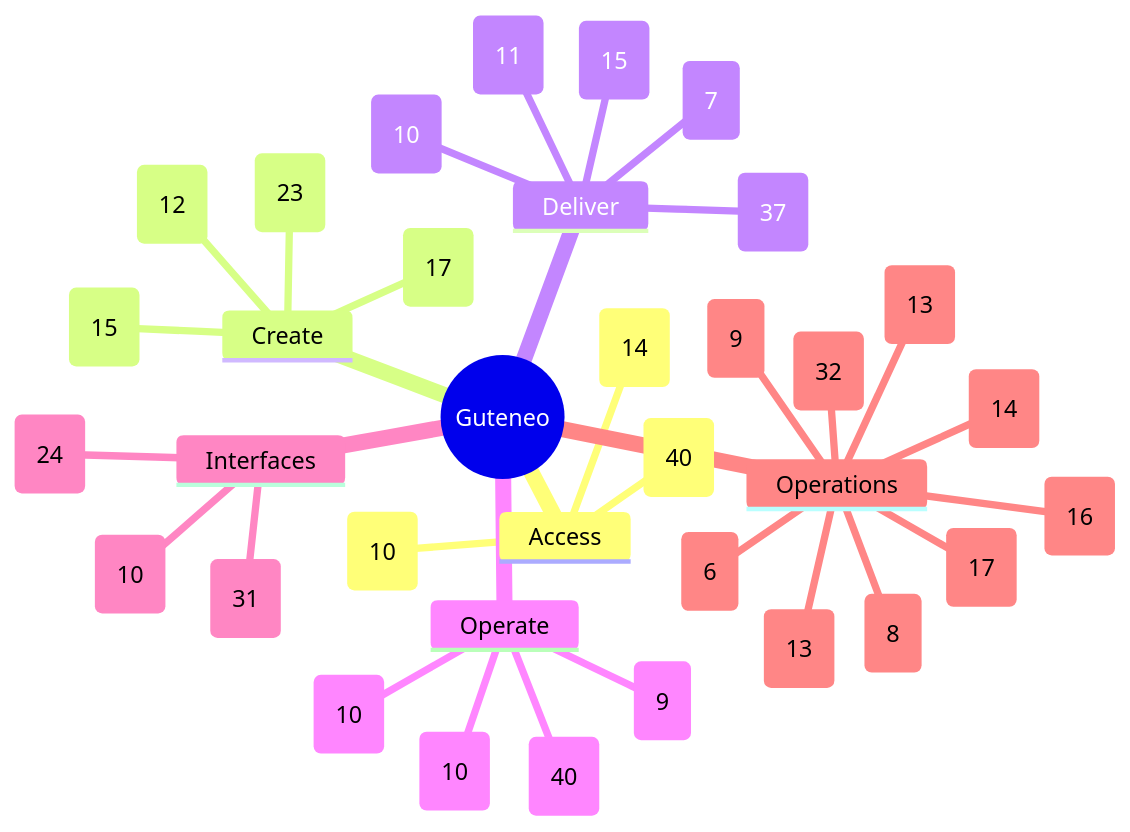
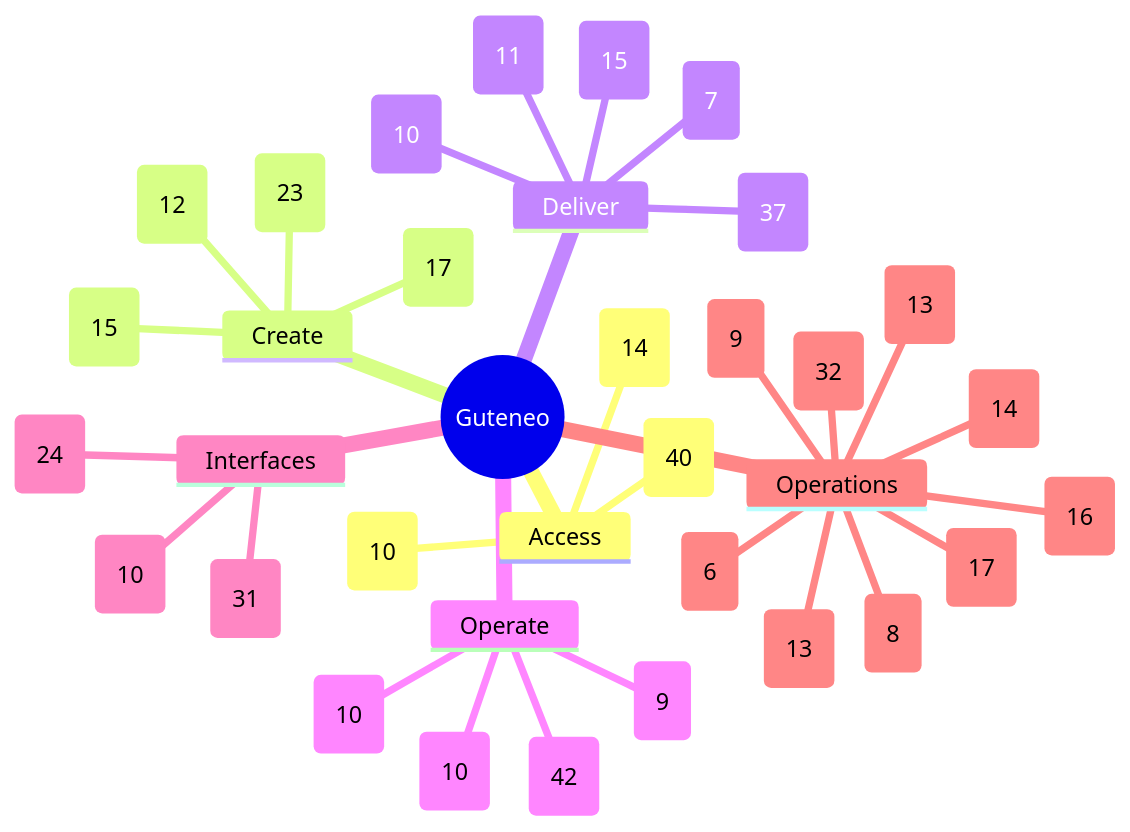
One commit to nclsppr/guteneo changed the diagram in docs/FEATURE_MAP.md. Above: the diagram before and after it, drawn with Mermaid. The commit also changed other lines of this file and 10 other files, not shown here.

````diff
--- a/docs/FEATURE_MAP.md
+++ b/docs/FEATURE_MAP.md
@@ -13,38 +13,38 @@
 ```mermaid
 mindmap
   root((Guteneo))
     Access
       Access and identity (40)
       Team and responsibilities (10)
       Workspace administration and reports (14)
     Create
       Documents and protection (23)
       Template studio (15)
       Data and mappings (12)
       PDF generation and distribution (17)
     Deliver
       Fax (10)
       Postal mail (11)
       Email and protected links (15)
       Sensitive distribution and personal documents (37)
       Dispatch dry run (7)
     Operate
       Campaigns and tracking (9)
       Credits and billing (10)
-      Workspace layout and browser appearance (40)
+      Workspace layout and browser appearance (42)
       PDF verification (10)
     Interfaces
       Assistants and API (31)
       iPhone and iPad (10)
       Public pages, languages and appearance (24)
     Operations
       Reviewer OAuth qualification (9)
       Operations and reliability (32)
       Belvédère platform oversight (14)
       Public service status (16)
       Engineering documentation (13)
       Codex Cloud development (8)
       Continuous reviewer preparation (6)
       Automatic fax tariff maintenance (13)
       Consumed provider freshness and preventive deadline actions (17)
 ```
````
